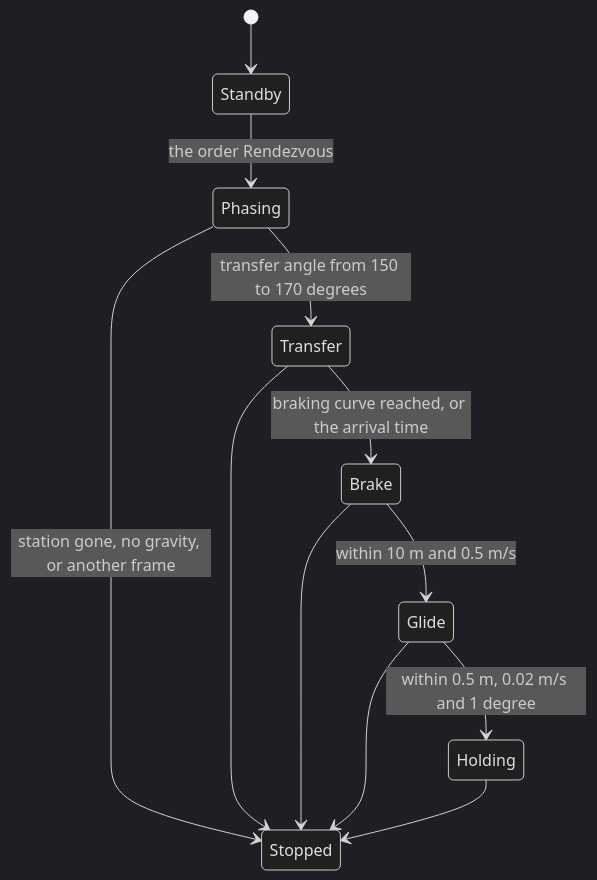
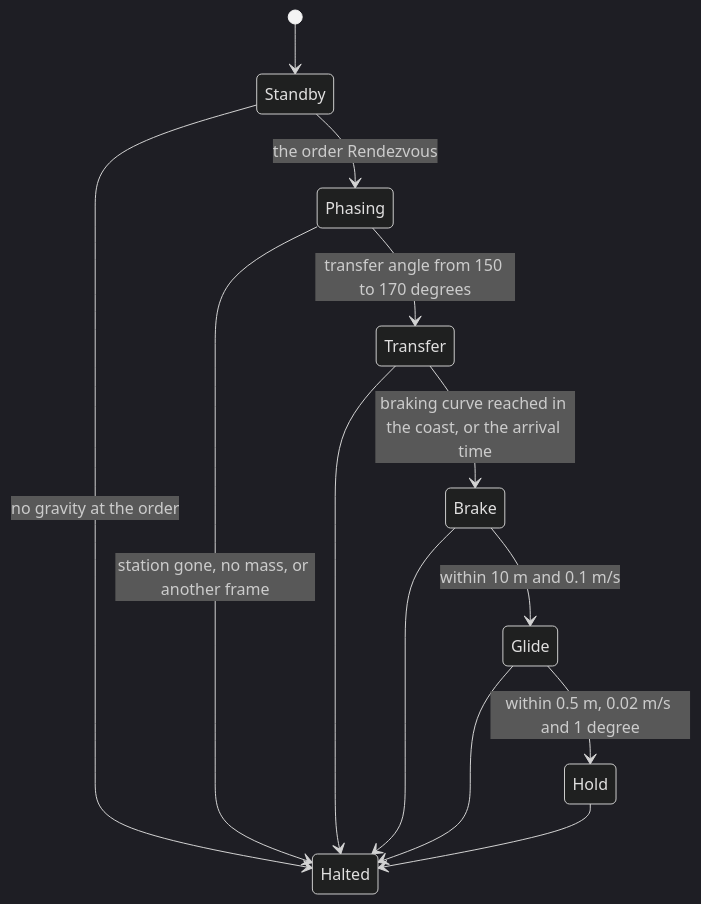
The first of 3 diagrams in docs/plans/blue-danube-demo.md (alexispurslane/tertius), drawn with Mermaid (dark theme) before and after one commit. The commit also changed other lines of this file and 10 other files, not shown here.

````diff
--- a/docs/plans/blue-danube-demo.md
+++ b/docs/plans/blue-danube-demo.md
@@ -264,14 +264,15 @@
 ```mermaid
 stateDiagram-v2
   [*] --> Standby
   Standby --> Phasing: the order Rendezvous
   Phasing --> Transfer: transfer angle from 150 to 170 degrees
-  Transfer --> Brake: braking curve reached, or the arrival time
-  Brake --> Glide: within 10 m and 0.5 m/s
-  Glide --> Holding: within 0.5 m, 0.02 m/s and 1 degree
-  Phasing --> Stopped: station gone, no gravity, or another frame
-  Transfer --> Stopped
-  Brake --> Stopped
-  Glide --> Stopped
-  Holding --> Stopped
+  Transfer --> Brake: braking curve reached in the coast, or the arrival time
+  Brake --> Glide: within 10 m and 0.1 m/s
+  Glide --> Hold: within 0.5 m, 0.02 m/s and 1 degree
+  Standby --> Halted: no gravity at the order
+  Phasing --> Halted: station gone, no mass, or another frame
+  Transfer --> Halted
+  Brake --> Halted
+  Glide --> Halted
+  Hold --> Halted
 ```
````
